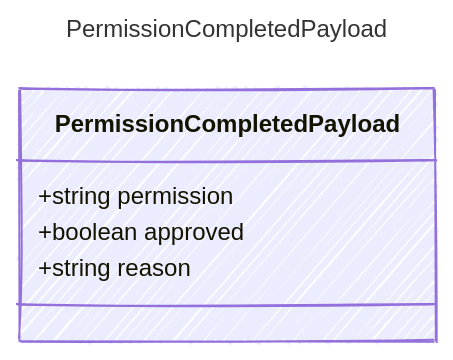
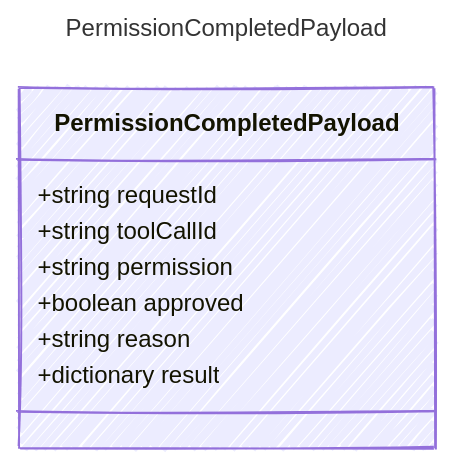
The diagram in web/src/content/docs/reference/PermissionCompletedPayload.md (microsoft/prompty), drawn with Mermaid before and after one commit. The commit also changed other lines of this file and 333 other files, not shown here.

````diff
--- a/web/src/content/docs/reference/PermissionCompletedPayload.md
+++ b/web/src/content/docs/reference/PermissionCompletedPayload.md
@@ -11,16 +11,19 @@
 ```mermaid
 ---
 title: PermissionCompletedPayload
 config:
   look: handDrawn
   theme: colorful
   class:
     hideEmptyMembersBox: true
 ---
 classDiagram
     class PermissionCompletedPayload {
+        +string requestId
+        +string toolCallId
         +string permission
         +boolean approved
         +string reason
+        +dictionary result
     }
 ```
````
